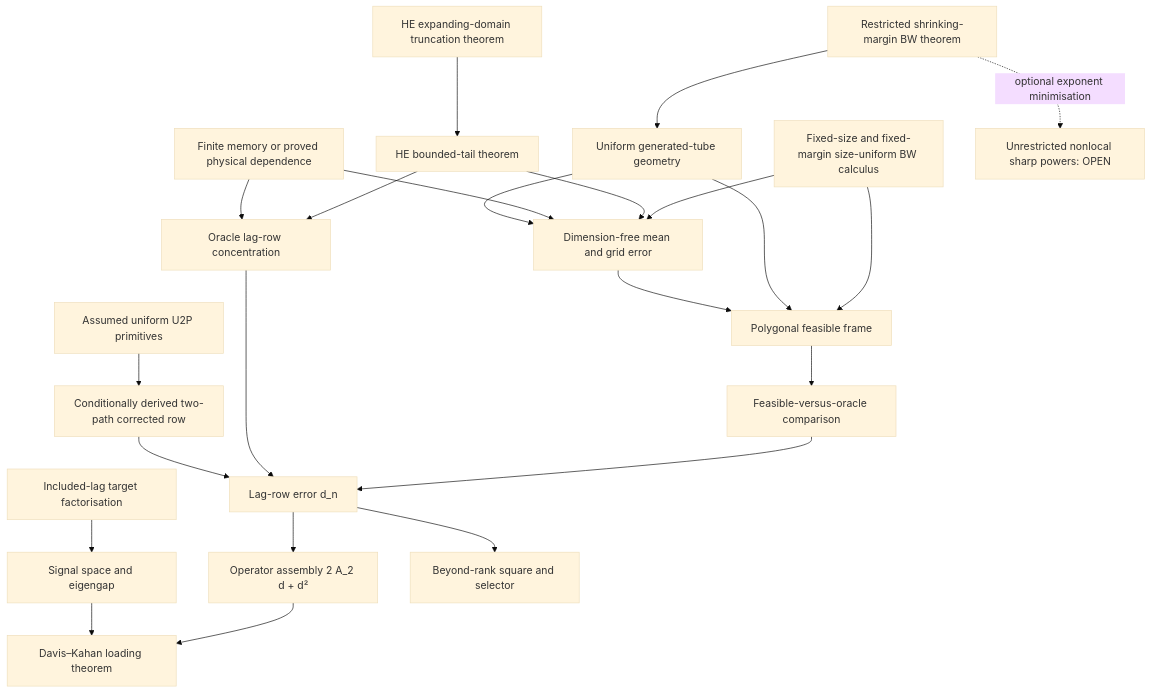
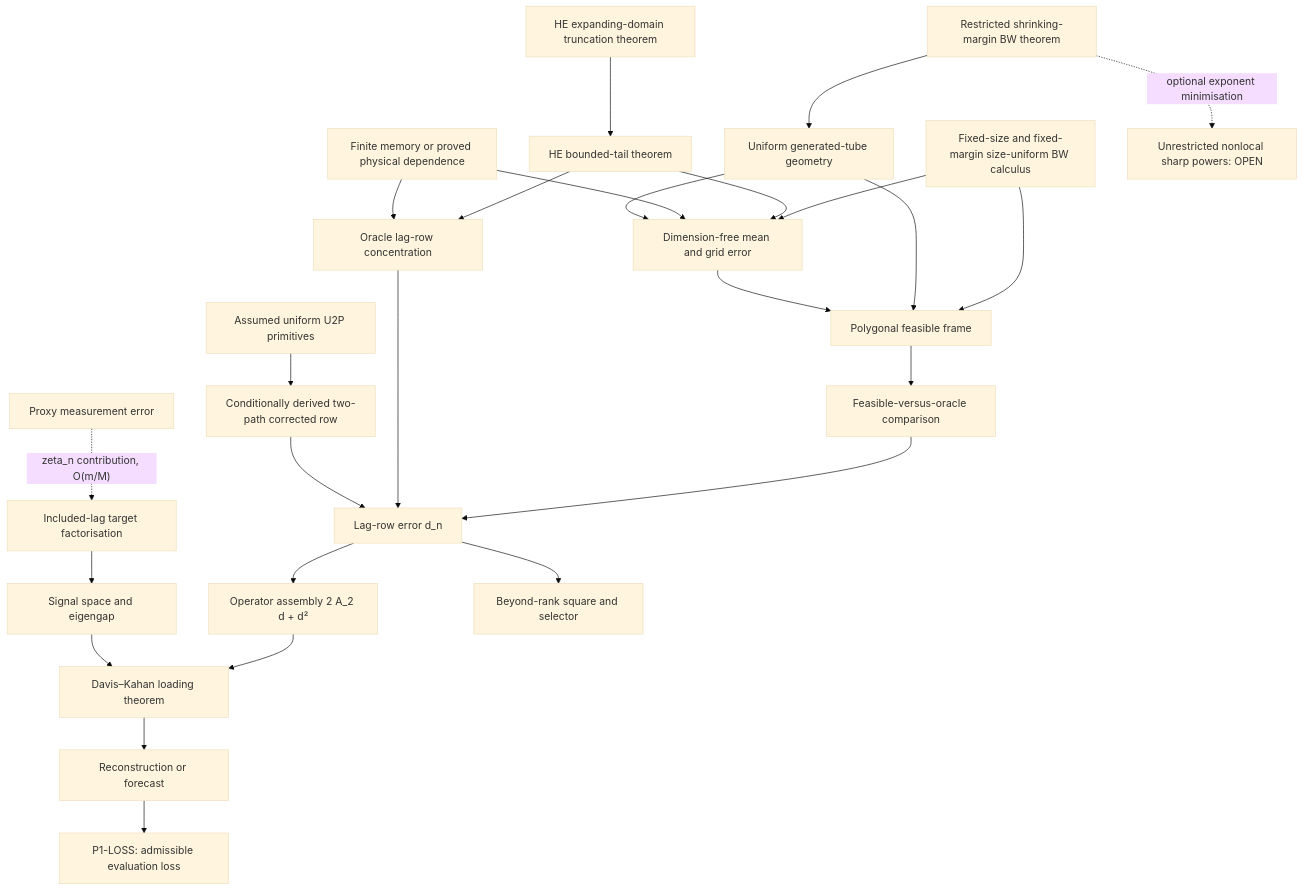
One commit to AdarshArunEire/Riemannian-Factor-Dynamics changed the second of 2 diagrams in Ideas/Analytical reconstruction — proof ledger and rebuilt spec.md. Above: the diagram before and after it, drawn with Mermaid (base theme). The commit also changed other lines of this file and 15 other files, not shown here.

````diff
--- a/Ideas/Analytical reconstruction — proof ledger and rebuilt spec.md
+++ b/Ideas/Analytical reconstruction — proof ledger and rebuilt spec.md
@@ -322,25 +334,28 @@
 ```mermaid
 flowchart TD
     G1["Dimension-free mean and grid error"] --> PF["Polygonal feasible frame"]
     GEO["Uniform generated-tube geometry"] --> G1
     GEO --> PF
     DEP["Finite memory or proved physical dependence"] --> G1
     DEP --> ROW["Oracle lag-row concentration"]
     U2P["Assumed uniform U2P primitives"] --> F2P["Conditionally derived two-path corrected row"]
     F2P --> D
     PF --> COMP["Feasible-versus-oracle comparison"]
     ROW --> D["Lag-row error d_n"]
     COMP --> D
     LN["Included-lag target factorisation"] --> SIG["Signal space and eigengap"]
     D --> ASM["Operator assembly 2 A_2 d + d²"]
     SIG --> DK["Davis–Kahan loading theorem"]
     ASM --> DK
     D --> NULL["Beyond-rank square and selector"]
     HE["HE bounded-tail theorem"] --> G1
     HE --> ROW
     TR["HE expanding-domain truncation theorem"] --> HE
     BWF["Fixed-size and fixed-margin size-uniform BW calculus"] --> G1
     BWF --> PF
     BWS["Restricted shrinking-margin BW theorem"] --> GEO
     BWS -. "optional exponent minimisation" .-> BWO["Unrestricted nonlocal sharp powers: OPEN"]
+    DK --> OUT["Reconstruction or forecast"]
+    OUT --> EVAL["P1-LOSS: admissible evaluation loss"]
+    PROX["Proxy measurement error"] -. "zeta_n contribution, O(m/M)" .-> LN
 ```
````
